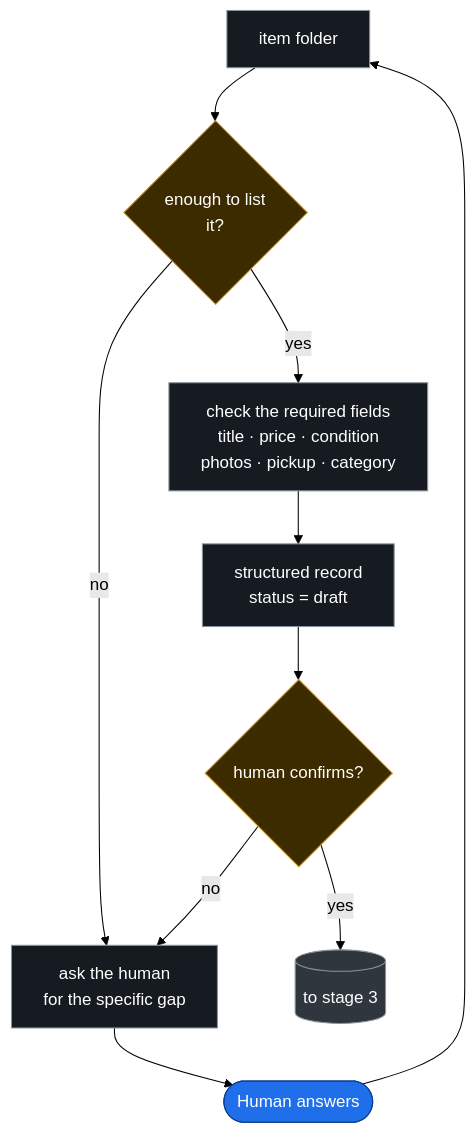
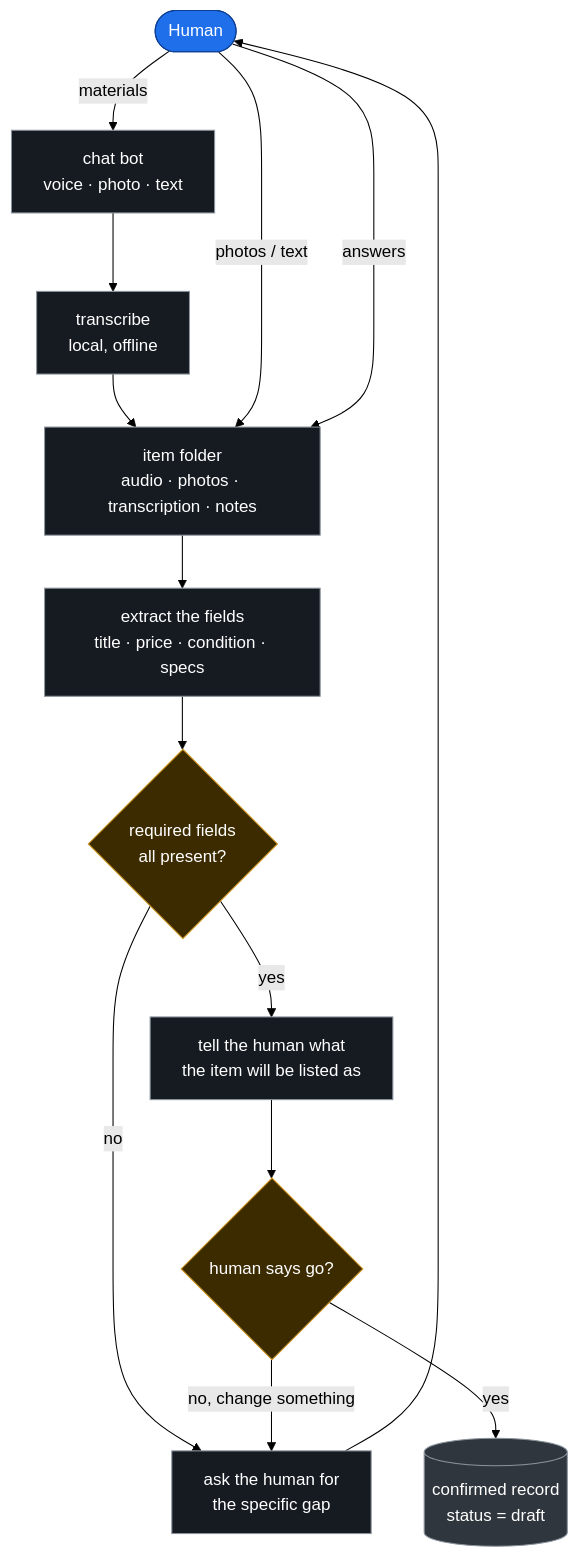
Before and after one commit to Dorten8/secondhand-ops: the second of 6 diagrams in docs/architecture.md, drawn with Mermaid (forest theme). The commit also changed other lines of this file and 1 other file, not shown here.

First line of the commit message:
docs(architecture): merge confirmation into registration — four stages

````diff
--- a/docs/architecture.md
+++ b/docs/architecture.md
@@ -93,17 +61,27 @@
 ```mermaid
 flowchart TB
-    FOLDER["item folder"]:::b --> CHECK{"enough to list<br/>it?"}:::d
-    CHECK -->|"no"| ASK["ask the human<br/>for the specific gap"]:::b
-    ASK --> H(["Human answers"]):::human
-    H --> FOLDER
-    CHECK -->|"yes"| PREREQ["check the required fields<br/>title · price · condition<br/>photos · pickup · category"]:::b
-    PREREQ --> RECORD["structured record<br/>status = draft"]:::b
-    RECORD --> OK{"human confirms?"}:::d
-    OK -->|"no"| ASK
-    OK -->|"yes"| OUT[("to stage 3")]:::ext
+    H(["Human"]):::human
+    CHAT["chat bot<br/>voice · photo · text"]:::b
+    ASR["transcribe<br/>local, offline"]:::b
+    FOLDER["item folder<br/>audio · photos · transcription · notes"]:::b
+    EXTRACT["extract the fields<br/>title · price · condition · specs"]:::b
+    REQ{"required fields<br/>all present?"}:::d
+    ASK["ask the human for<br/>the specific gap"]:::b
+    TELL["tell the human what<br/>the item will be listed as"]:::b
+    GO{"human says go?"}:::d
+    OUT[("confirmed record<br/>status = draft")]:::ext
+
+    H -->|"materials"| CHAT --> ASR --> FOLDER
+    H -->|"photos / text"| FOLDER
+    FOLDER --> EXTRACT --> REQ
+    REQ -->|"no"| ASK --> H
+    H -->|"answers"| FOLDER
+    REQ -->|"yes"| TELL --> GO
+    GO -->|"no, change something"| ASK
+    GO -->|"yes"| OUT
 
     classDef human fill:#1f6feb,stroke:#0b3d91,color:#fff
-    classDef b fill:#161b22,stroke:#8b949e,color:#fff
+    classDef b fill:#161b22,stroke:#8b949e,stroke-dasharray:0,color:#fff
     classDef d fill:#3d2b00,stroke:#d29922,color:#fff
     classDef ext fill:#30363d,stroke:#8b949e,color:#fff
 ```
````
